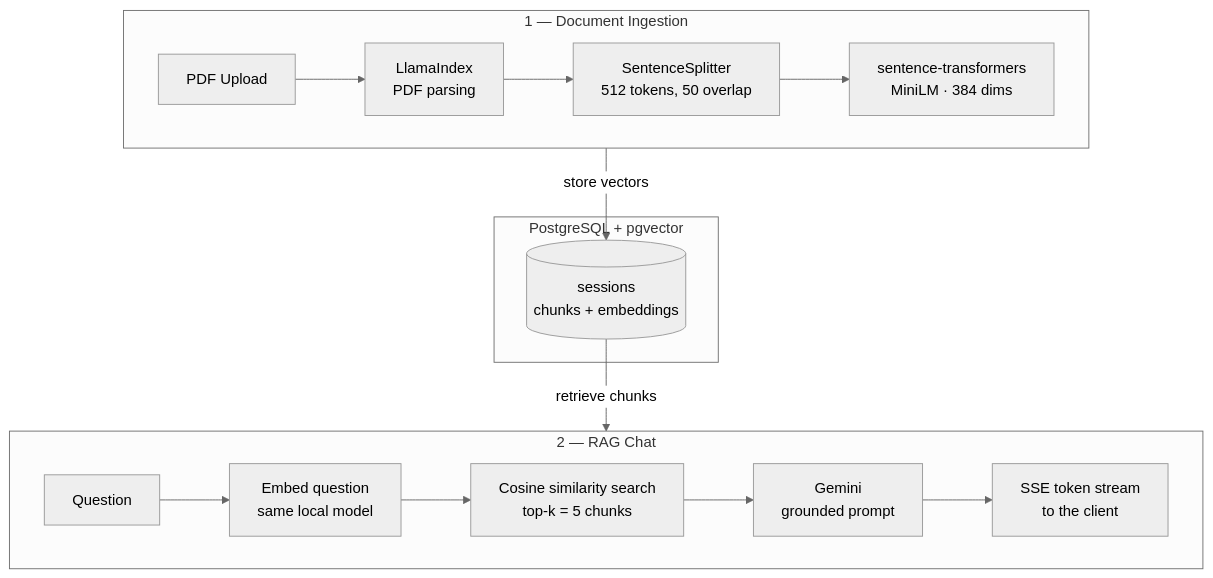
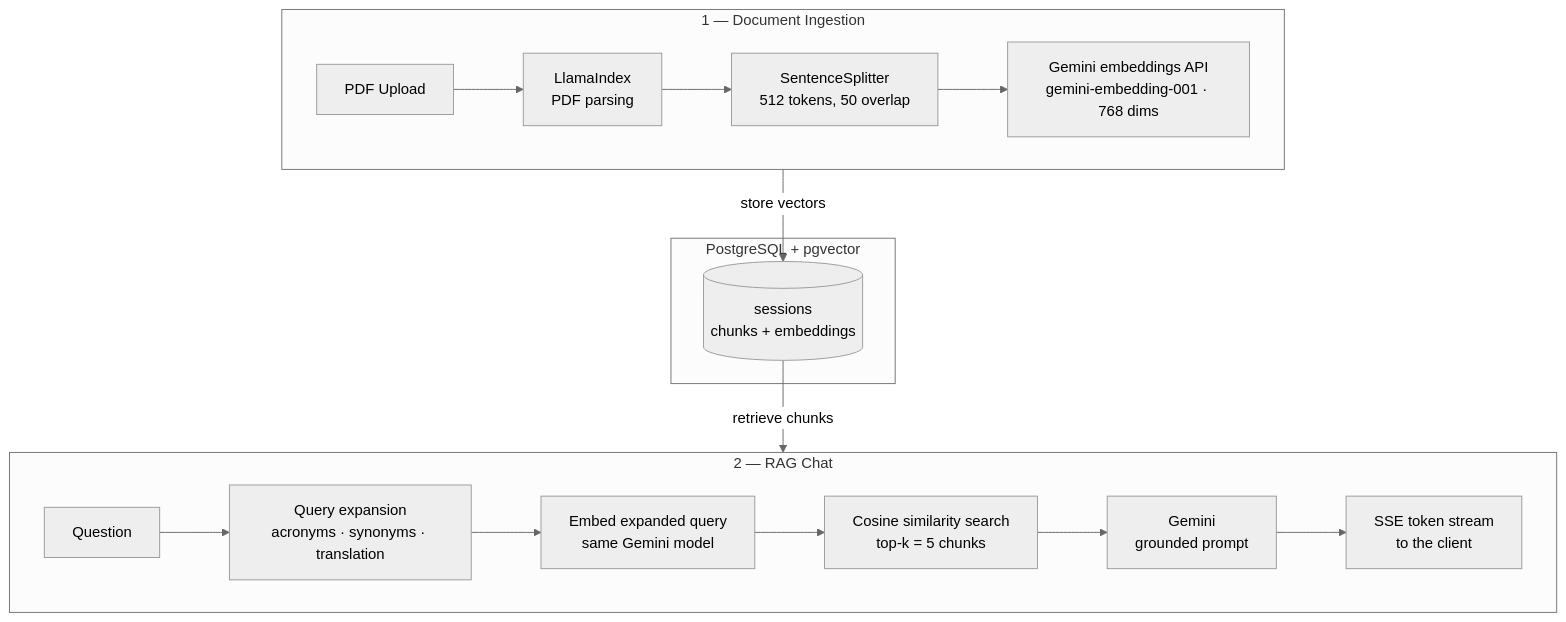
The diagram in README.md (edderleonardo/docwise-api), drawn with Mermaid (neutral theme) before and after one commit. The commit also changed other lines of this file, not shown here.

First line of the commit message:
Update README for Gemini embeddings migration

````diff
--- a/README.md
+++ b/README.md
@@ -27,24 +27,25 @@
 ```mermaid
 flowchart TB
     subgraph Ingestion["1 — Document Ingestion"]
         direction LR
         A[PDF Upload] --> B["LlamaIndex<br/>PDF parsing"]
         B --> C["SentenceSplitter<br/>512 tokens, 50 overlap"]
-        C --> D["sentence-transformers<br/>MiniLM · 384 dims"]
+        C --> D["Gemini embeddings API<br/>gemini-embedding-001 · 768 dims"]
     end
 
     subgraph Storage["PostgreSQL + pgvector"]
         E[("sessions<br/>chunks + embeddings")]
     end
 
     subgraph Chat["2 — RAG Chat"]
         direction LR
-        F[Question] --> G["Embed question<br/>same local model"]
-        G --> H["Cosine similarity search<br/>top-k = 5 chunks"]
-        H --> I["Gemini<br/>grounded prompt"]
-        I --> J["SSE token stream<br/>to the client"]
+        F[Question] --> G["Query expansion<br/>acronyms · synonyms · translation"]
+        G --> H["Embed expanded query<br/>same Gemini model"]
+        H --> I["Cosine similarity search<br/>top-k = 5 chunks"]
+        I --> J["Gemini<br/>grounded prompt"]
+        J --> K["SSE token stream<br/>to the client"]
     end
 
     D -->|store vectors| E
-    E -->|retrieve chunks| H
+    E -->|retrieve chunks| I
 ```
````
